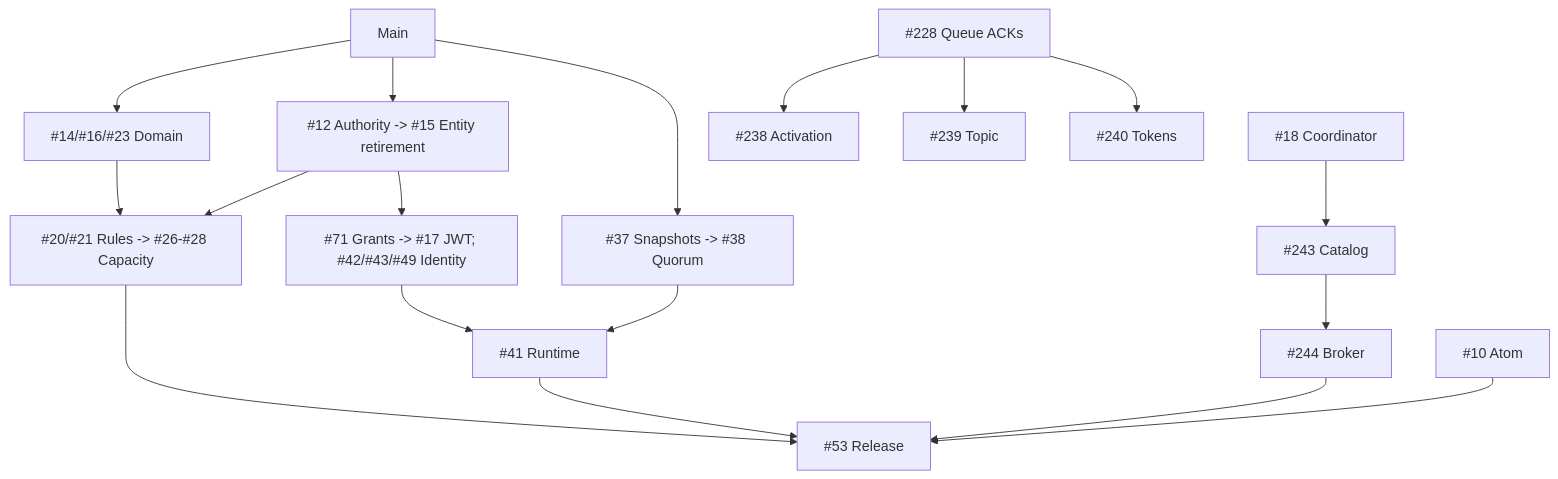
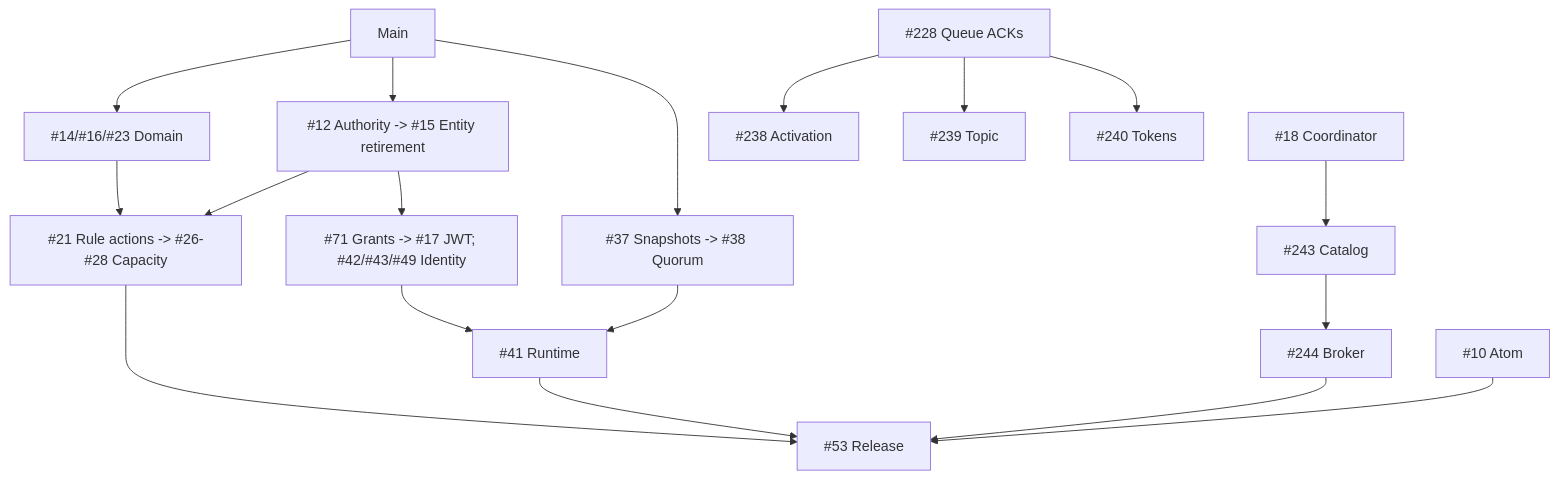
The first of 2 diagrams in docs/roadmap.md (DeandreT/switchyard), drawn with Mermaid before and after one commit. The commit also changed other lines of this file, not shown here.

Commit message:
docs: record SQL filter and capacity profile completion (#334)

````diff
--- a/docs/roadmap.md
+++ b/docs/roadmap.md
@@ -28,12 +31,12 @@
 ```mermaid
 flowchart TD
-    Main["Main"] --> Lifecycle["#12 Authority -> #15 Entity retirement"] --> Semantics["#20/#21 Rules -> #26-#28 Capacity"]
+    Main["Main"] --> Lifecycle["#12 Authority -> #15 Entity retirement"] --> Semantics["#21 Rule actions -> #26-#28 Capacity"]
     Main --> Domain["#14/#16/#23 Domain"] --> Semantics
     Main --> Recovery["#37 Snapshots -> #38 Quorum"] --> Runtime["#41 Runtime"]
     Lifecycle --> Security["#71 Grants -> #17 JWT; #42/#43/#49 Identity"] --> Runtime
     Atom["#10 Atom"] --> Gates["#53 Release"]
     Admin["#18 Coordinator"] --> Catalog["#243 Catalog"] --> Broker["#244 Broker"] --> Gates
     Allocation["#228 Queue ACKs"] --> Activation["#238 Activation"]
     Allocation --> Topic["#239 Topic"]; Allocation --> Tokens["#240 Tokens"]
     Runtime --> Gates; Semantics --> Gates
 ```
````
